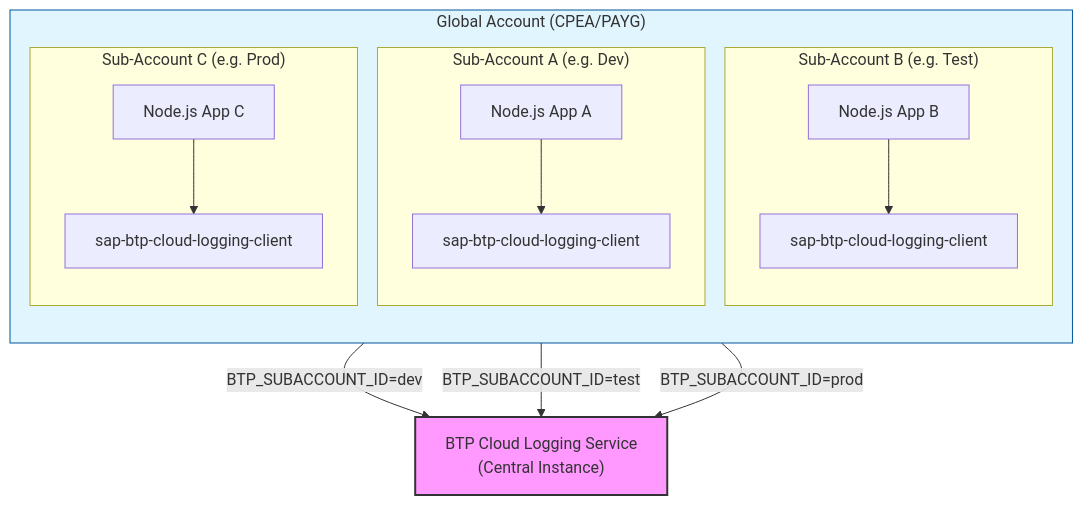
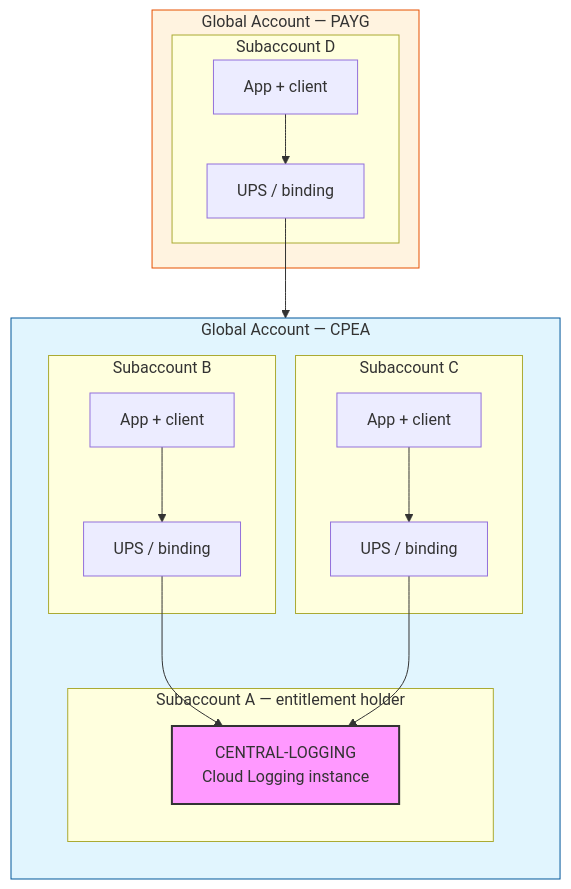
The second of 2 diagrams in docs/Architecture.md (leotrinh/sap_btp_cloud_logging_client), drawn with Mermaid before and after one commit. The commit also changed other lines of this file and 1 other file, not shown here.

First line of the commit message:
docs: correct the central-instance topology in README and Architecture

````diff
--- a/docs/Architecture.md
+++ b/docs/Architecture.md
@@ -63,33 +87,30 @@
 ```mermaid
 flowchart TB
-    subgraph GlobalAccount ["Global Account (CPEA/PAYG)"]
+    subgraph CPEA ["Global Account — CPEA"]
         direction TB
-        subgraph SubA ["Sub-Account A (e.g. Dev)"]
-            AppA["Node.js App A"]
-            ClientA["sap-btp-cloud-logging-client"]
-            AppA --> ClientA
+        subgraph SubA ["Subaccount A — entitlement holder"]
+            CLS["CENTRAL-LOGGING
+            Cloud Logging instance"]
         end
-        
-        subgraph SubB ["Sub-Account B (e.g. Test)"]
-            AppB["Node.js App B"]
-            ClientB["sap-btp-cloud-logging-client"]
-            AppB --> ClientB
+        subgraph SubB ["Subaccount B"]
+            AppB["App + client"] --> UpsB["UPS / binding"]
         end
-        
-        subgraph SubC ["Sub-Account C (e.g. Prod)"]
-            AppC["Node.js App C"]
-            ClientC["sap-btp-cloud-logging-client"]
-            AppC --> ClientC
+        subgraph SubC ["Subaccount C"]
+            AppC["App + client"] --> UpsC["UPS / binding"]
         end
     end
 
-    CLS["BTP Cloud Logging Service
-    (Central Instance)"]
+    subgraph PAYG ["Global Account — PAYG"]
+        subgraph SubD ["Subaccount D"]
+            AppD["App + client"] --> UpsD["UPS / binding"]
+        end
+    end
 
-    ClientA --"BTP_SUBACCOUNT_ID=dev"--> CLS
-    ClientB --"BTP_SUBACCOUNT_ID=test"--> CLS
-    ClientC --"BTP_SUBACCOUNT_ID=prod"--> CLS
+    UpsB --> CLS
+    UpsC --> CLS
+    UpsD --> CLS
 
     style CLS fill:#f9f,stroke:#333,stroke-width:2px
-    style GlobalAccount fill:#e1f5fe,stroke:#01579b
+    style CPEA fill:#e1f5fe,stroke:#01579b
+    style PAYG fill:#fff3e0,stroke:#e65100
 ```
````
